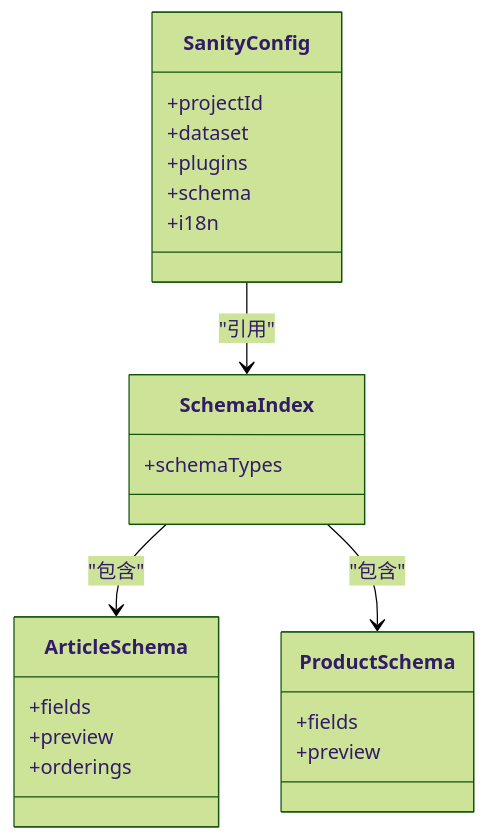
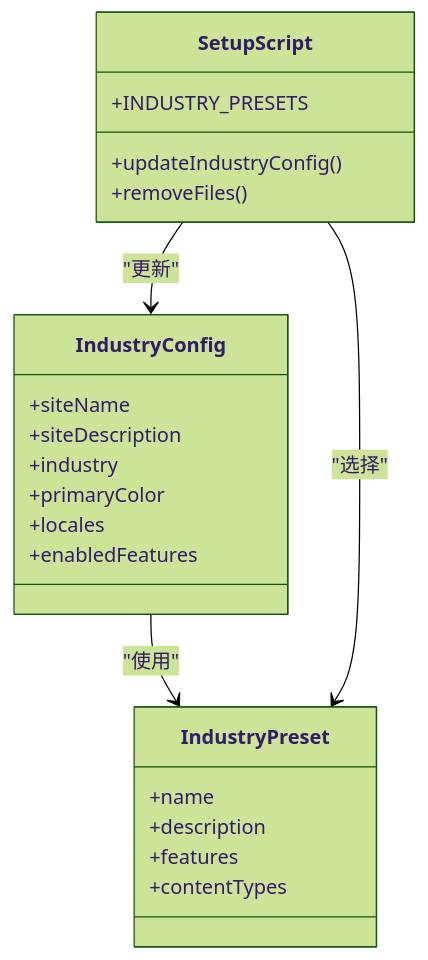
The sixth of 7 diagrams in .qoder/repowiki/zh/content/部署和运维/部署和运维.md (waltzhan/LEDTrade), drawn with Mermaid (forest theme) before and after one commit. The commit also changed other lines of this file and 20 other files, not shown here.

````diff
--- a/.qoder/repowiki/zh/content/部署和运维/部署和运维.md
+++ b/.qoder/repowiki/zh/content/部署和运维/部署和运维.md
@@ -209,25 +364,25 @@
 ```mermaid
 classDiagram
-class SanityConfig {
-+projectId
-+dataset
-+plugins
-+schema
-+i18n
+class IndustryConfig {
++siteName
++siteDescription
++industry
++primaryColor
++locales
++enabledFeatures
 }
-class SchemaIndex {
-+schemaTypes
+class SetupScript {
++INDUSTRY_PRESETS
++updateIndustryConfig()
++removeFiles()
 }
-class ArticleSchema {
-+fields
-+preview
-+orderings
+class IndustryPreset {
++name
++description
++features
++contentTypes
 }
-class ProductSchema {
-+fields
-+preview
-}
-SanityConfig --> SchemaIndex : "引用"
-SchemaIndex --> ArticleSchema : "包含"
-SchemaIndex --> ProductSchema : "包含"
+IndustryConfig --> IndustryPreset : "使用"
+SetupScript --> IndustryConfig : "更新"
+SetupScript --> IndustryPreset : "选择"
 ```
````
